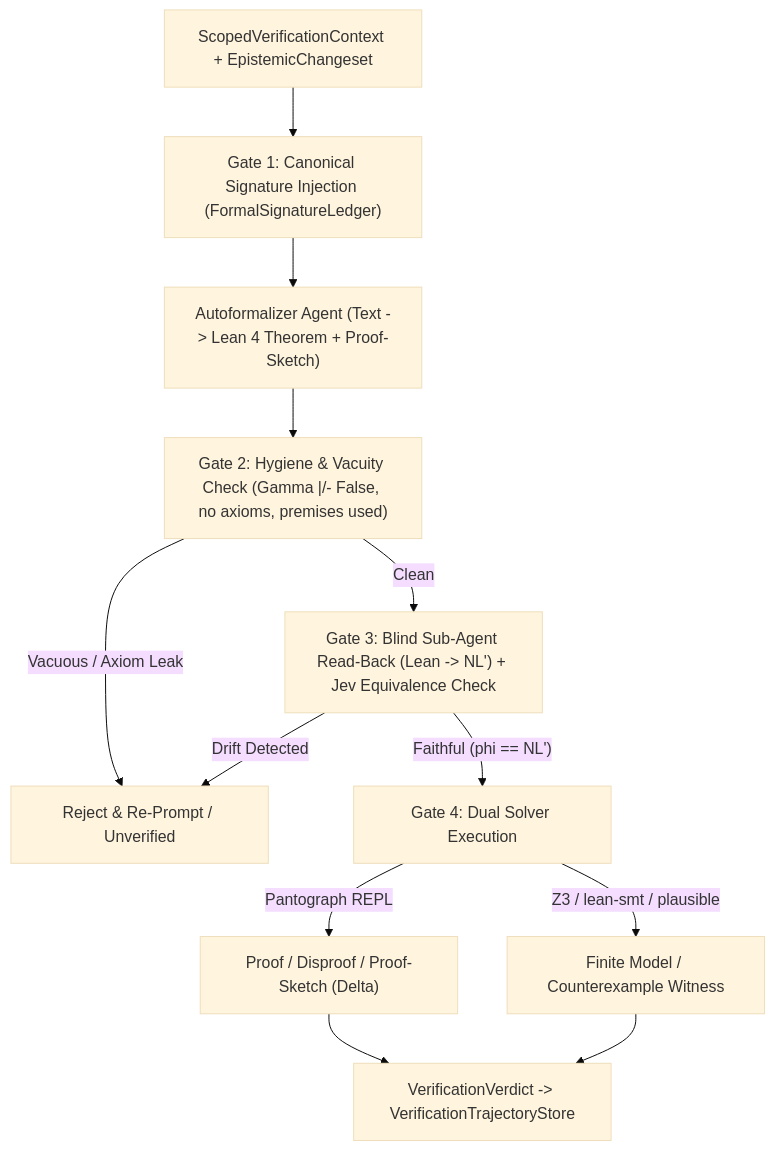
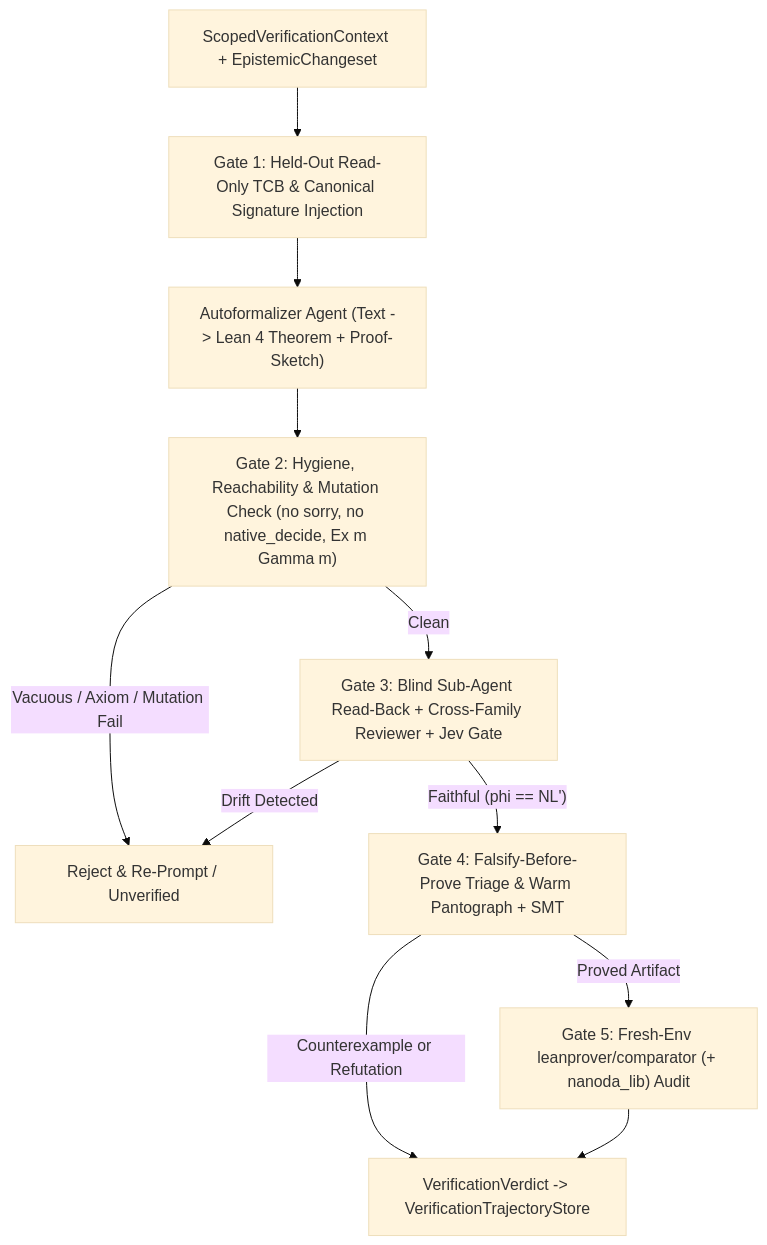
The diagram in issues/12-neuro-symbolic-world-models-and-lean/ISSUE-113-lean4-formal-verification-oracle-and-logikey-adapter.md (maxoem/EpistemeX), drawn with Mermaid (base theme) before and after one commit. The commit also changed other lines of this file and 5 other files, not shown here.

````diff
--- a/issues/12-neuro-symbolic-world-models-and-lean/ISSUE-113-lean4-formal-verification-oracle-and-logikey-adapter.md
+++ b/issues/12-neuro-symbolic-world-models-and-lean/ISSUE-113-lean4-formal-verification-oracle-and-logikey-adapter.md
@@ -82,14 +92,13 @@
 ```mermaid
 flowchart TD
-    In["ScopedVerificationContext + EpistemicChangeset"] --> G1["Gate 1: Canonical Signature Injection (FormalSignatureLedger)"]
+    In["ScopedVerificationContext + EpistemicChangeset"] --> G1["Gate 1: Held-Out Read-Only TCB & Canonical Signature Injection"]
     G1 --> AF["Autoformalizer Agent (Text -> Lean 4 Theorem + Proof-Sketch)"]
-    AF --> G2["Gate 2: Hygiene & Vacuity Check (Gamma |/- False, no axioms, premises used)"]
-    G2 -->|"Vacuous / Axiom Leak"| Reject["Reject & Re-Prompt / Unverified"]
-    G2 -->|"Clean"| G3["Gate 3: Blind Sub-Agent Read-Back (Lean -> NL') + Jev Equivalence Check"]
+    AF --> G2["Gate 2: Hygiene, Reachability & Mutation Check (no sorry, no native_decide, Ex m Gamma m)"]
+    G2 -->|"Vacuous / Axiom / Mutation Fail"| Reject["Reject & Re-Prompt / Unverified"]
+    G2 -->|"Clean"| G3["Gate 3: Blind Sub-Agent Read-Back + Cross-Family Reviewer + Jev Gate"]
     G3 -->|"Drift Detected"| Reject
-    G3 -->|"Faithful (phi == NL')"| G4["Gate 4: Dual Solver Execution"]
-    G4 -->|"Pantograph REPL"| LeanSolve["Proof / Disproof / Proof-Sketch (Delta)"]
-    G4 -->|"Z3 / lean-smt / plausible"| SMTSolve["Finite Model / Counterexample Witness"]
-    LeanSolve --> Out["VerificationVerdict -> VerificationTrajectoryStore"]
-    SMTSolve --> Out
+    G3 -->|"Faithful (phi == NL')"| G4["Gate 4: Falsify-Before-Prove Triage & Warm Pantograph + SMT"]
+    G4 -->|"Counterexample or Refutation"| Out["VerificationVerdict -> VerificationTrajectoryStore"]
+    G4 -->|"Proved Artifact"| G5["Gate 5: Fresh-Env leanprover/comparator (+ nanoda_lib) Audit"]
+    G5 --> Out
 ```
````
